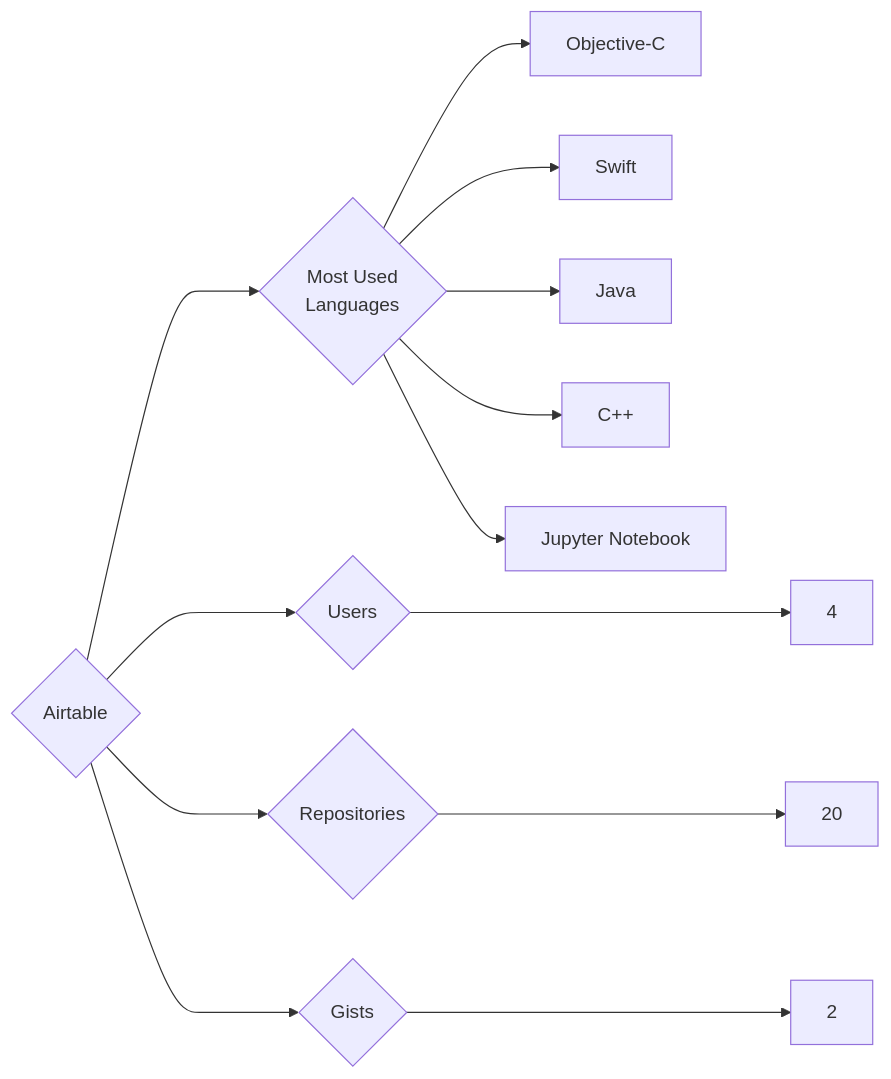
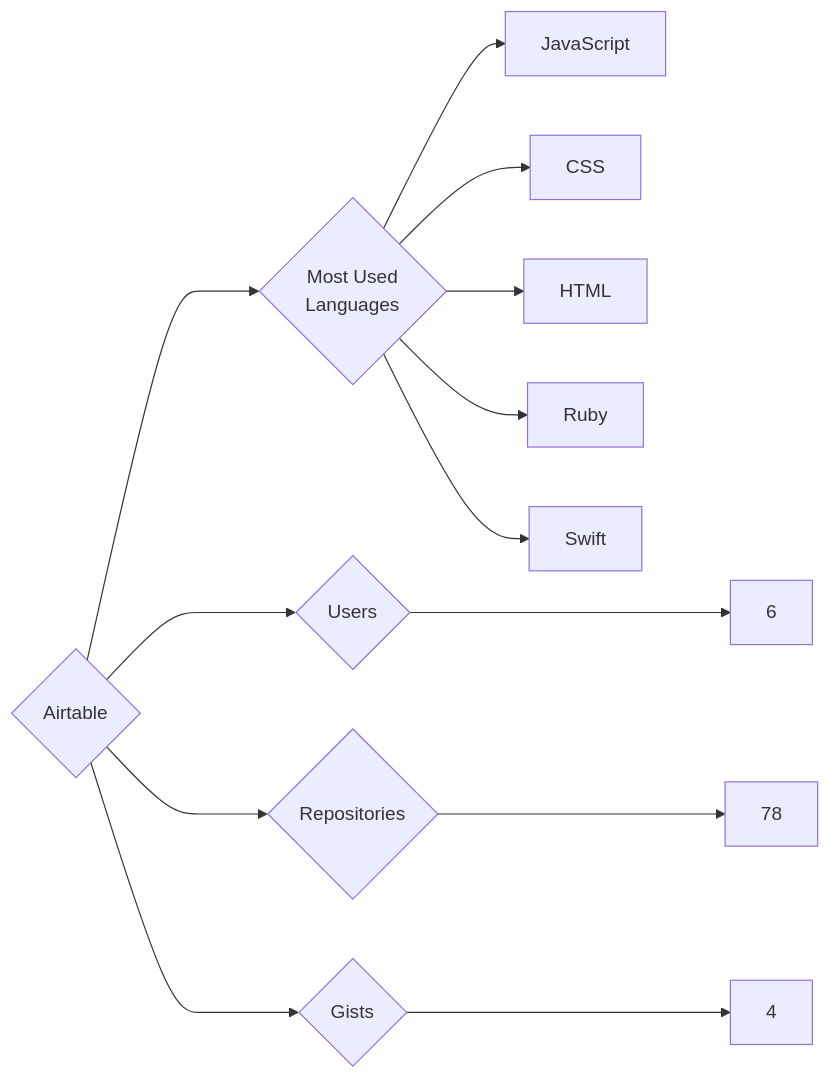
The diagram in targets/Airtable/README.md (trickest/insiders), drawn with Mermaid before and after one commit. The commit also changed 993 other files, not shown here.

````diff
--- a/targets/Airtable/README.md
+++ b/targets/Airtable/README.md
@@ -3,13 +3,13 @@
 ```mermaid
 graph LR
 COMPANY_NAME{Airtable}
-COMPANY_NAME ---> U{Users} ---> UN[4]
-COMPANY_NAME ---> R{Repositories} ---> RN[20]
-COMPANY_NAME ---> G{Gists} ---> GN[2]
+COMPANY_NAME ---> U{Users} ---> UN[6]
+COMPANY_NAME ---> R{Repositories} ---> RN[78]
+COMPANY_NAME ---> G{Gists} ---> GN[4]
 COMPANY_NAME ---> ML{Most Used<br>Languages}
-ML --> Objective-C[Objective-C]
+ML --> JavaScript[JavaScript]
+ML --> CSS[CSS]
+ML --> HTML[HTML]
+ML --> Ruby[Ruby]
 ML --> Swift[Swift]
-ML --> Java[Java]
-ML --> C++[C++]
-ML --> Jupyter_Notebook[Jupyter Notebook]
 ```
````
